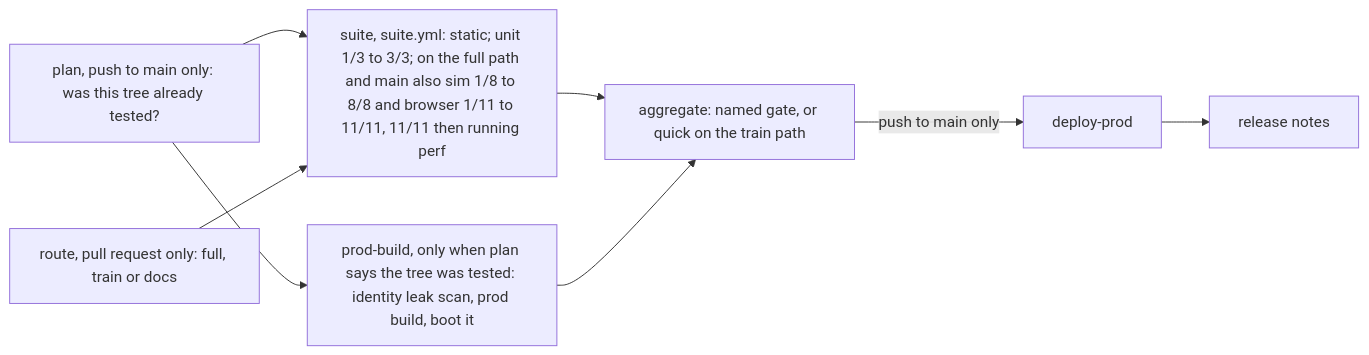
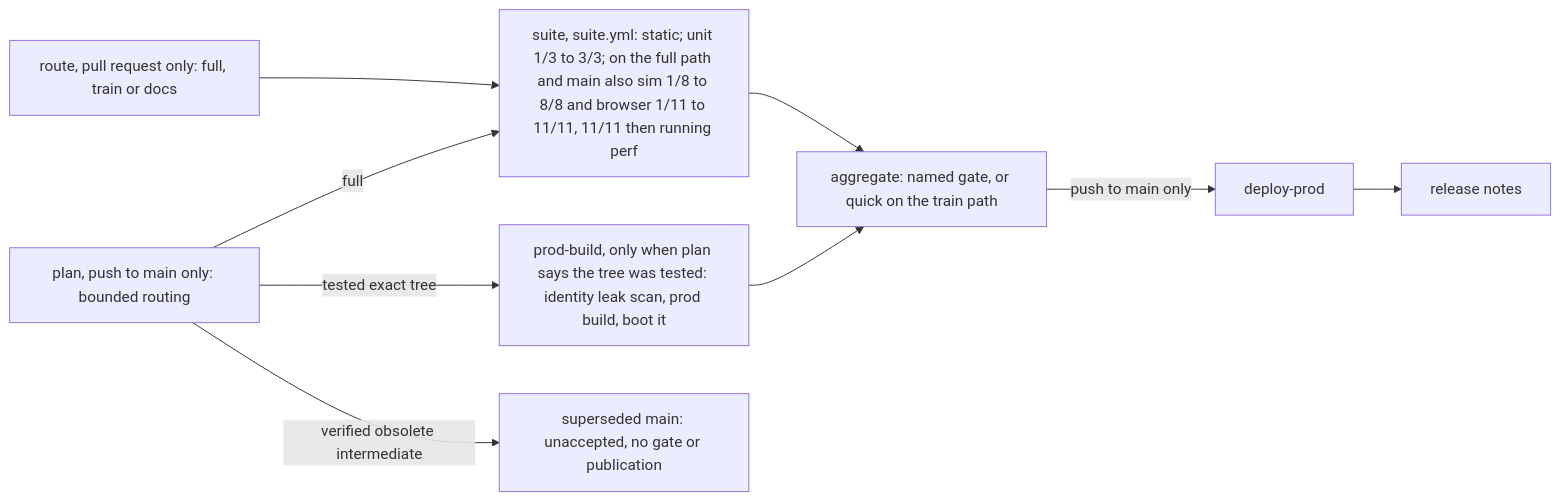
The diagram in docs/engineering.md (joshuasundance-swca/throttlebrawl), drawn with Mermaid before and after one commit. The commit also changed other lines of this file and 12 other files, not shown here.

First line of the commit message:
Avoid redundant CI suites on superseded intermediate main commits (#788)

````diff
--- a/docs/engineering.md
+++ b/docs/engineering.md
@@ -296,9 +296,11 @@
 ```mermaid
 flowchart LR
-  P[plan, push to main only: was this tree already tested?] --> SU & B
+  P[plan, push to main only: bounded routing] -->|full| SU
+  P -->|tested exact tree| B
+  P -->|verified obsolete intermediate| X[superseded main: unaccepted, no gate or publication]
   RT[route, pull request only: full, train or docs] --> SU
   SU[suite, suite.yml: static; unit 1/3 to 3/3; on the full path and main also sim 1/8 to 8/8 and browser 1/11 to 11/11, 11/11 then running perf] --> G
   B[prod-build, only when plan says the tree was tested: identity leak scan, prod build, boot it] --> G
   G[aggregate: named gate, or quick on the train path] -->|push to main only| D[deploy-prod]
   D --> R[release notes]
 ```
````
